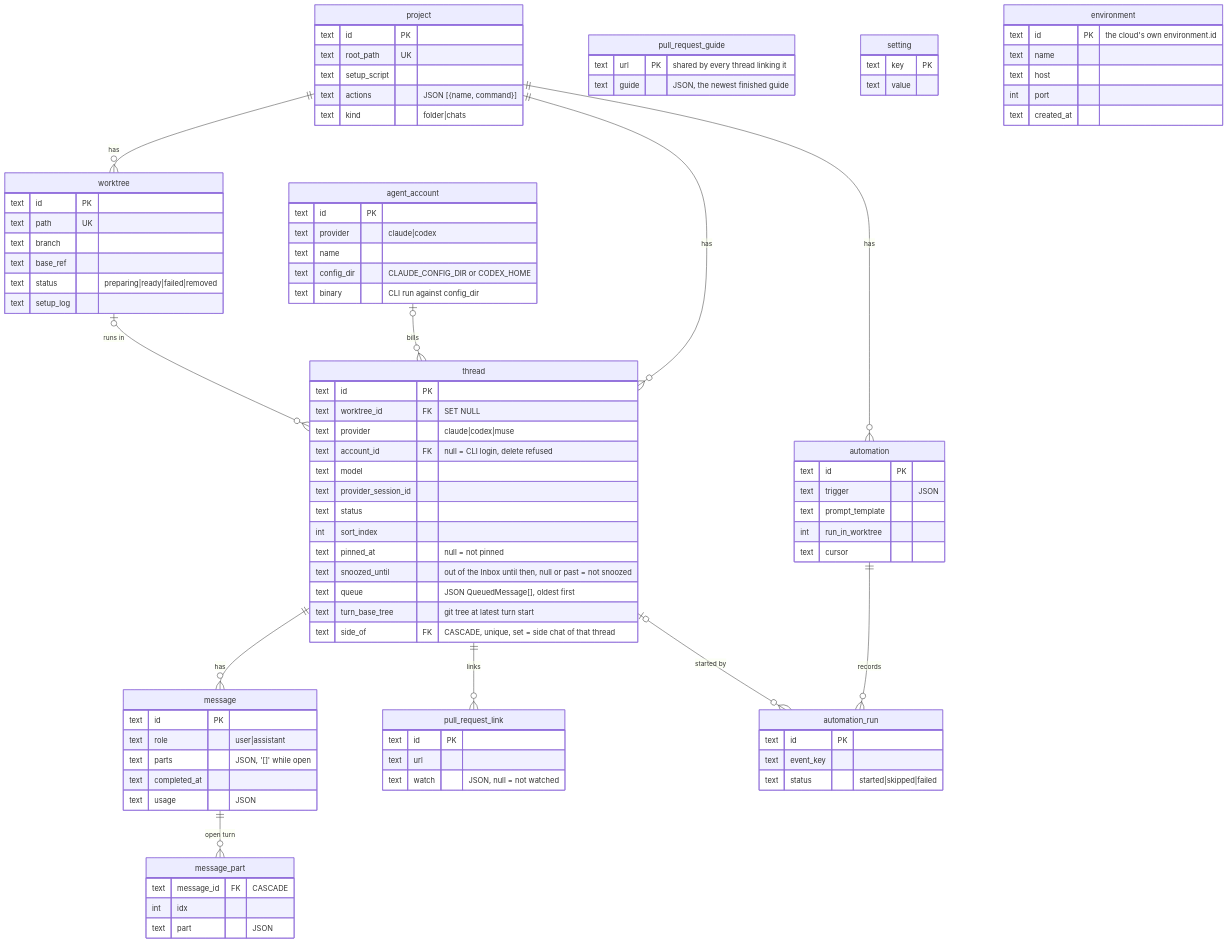
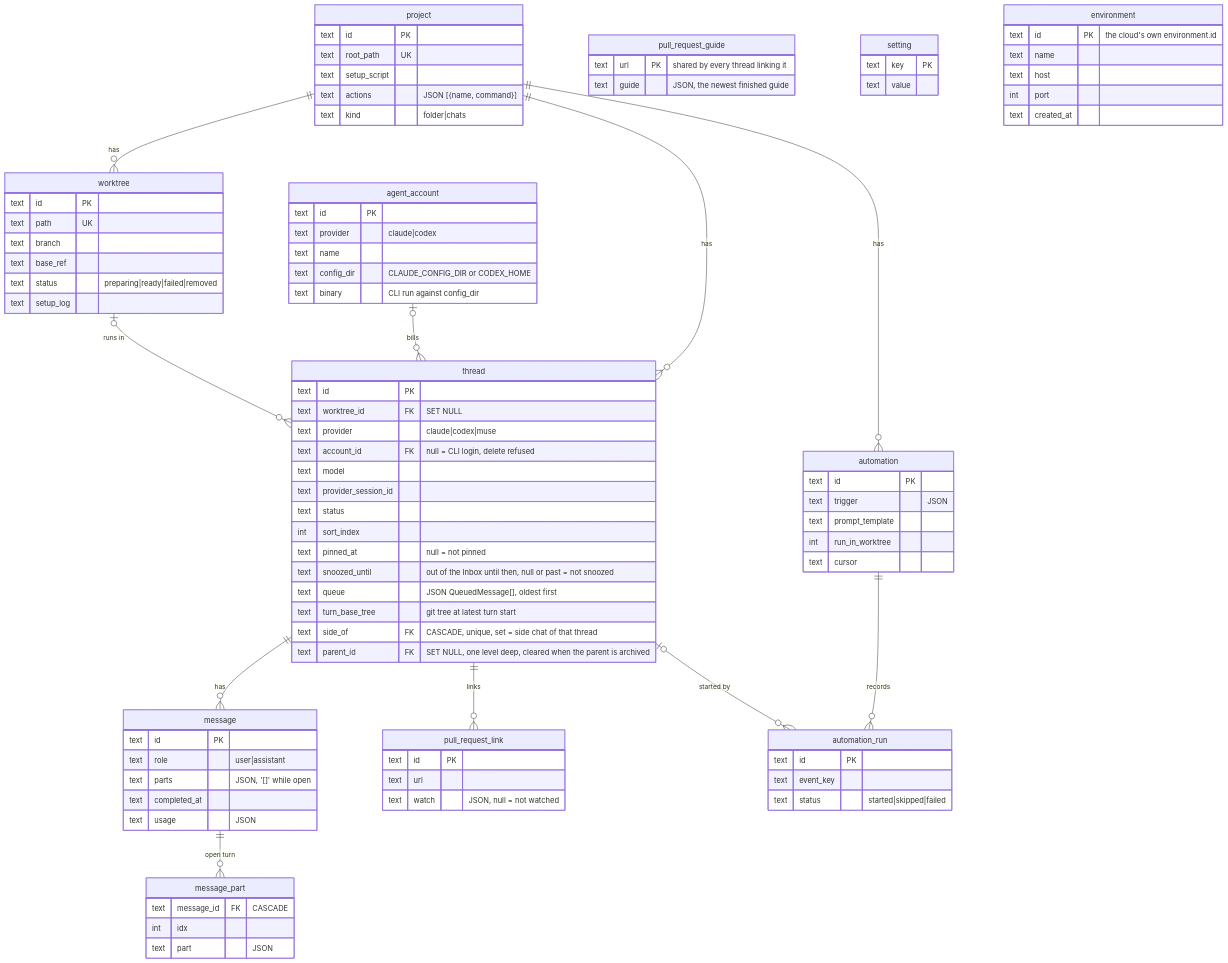
One commit to hinadev-ai/hinacode changed diagram 12 of 17 in docs/arch.md. Above: the diagram before and after it, drawn with Mermaid. The commit also changed 11 other files, not shown here.

```diff
--- a/docs/arch.md
+++ b/docs/arch.md
@@ -435,6 +435,7 @@
     text queue "JSON QueuedMessage[], oldest first"
     text turn_base_tree "git tree at latest turn start"
     text side_of FK "CASCADE, unique, set = side chat of that thread"
+    text parent_id FK "SET NULL, one level deep, cleared when the parent is archived"
   }
   message {
     text id PK
```
